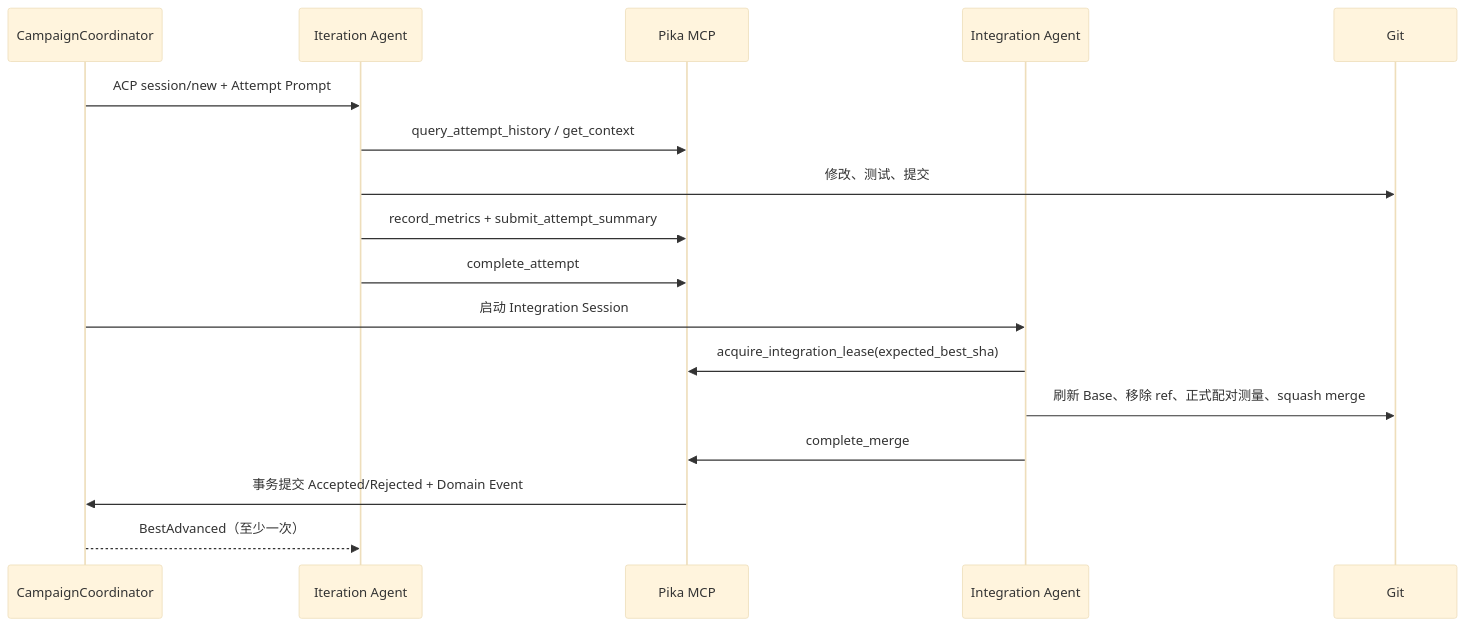
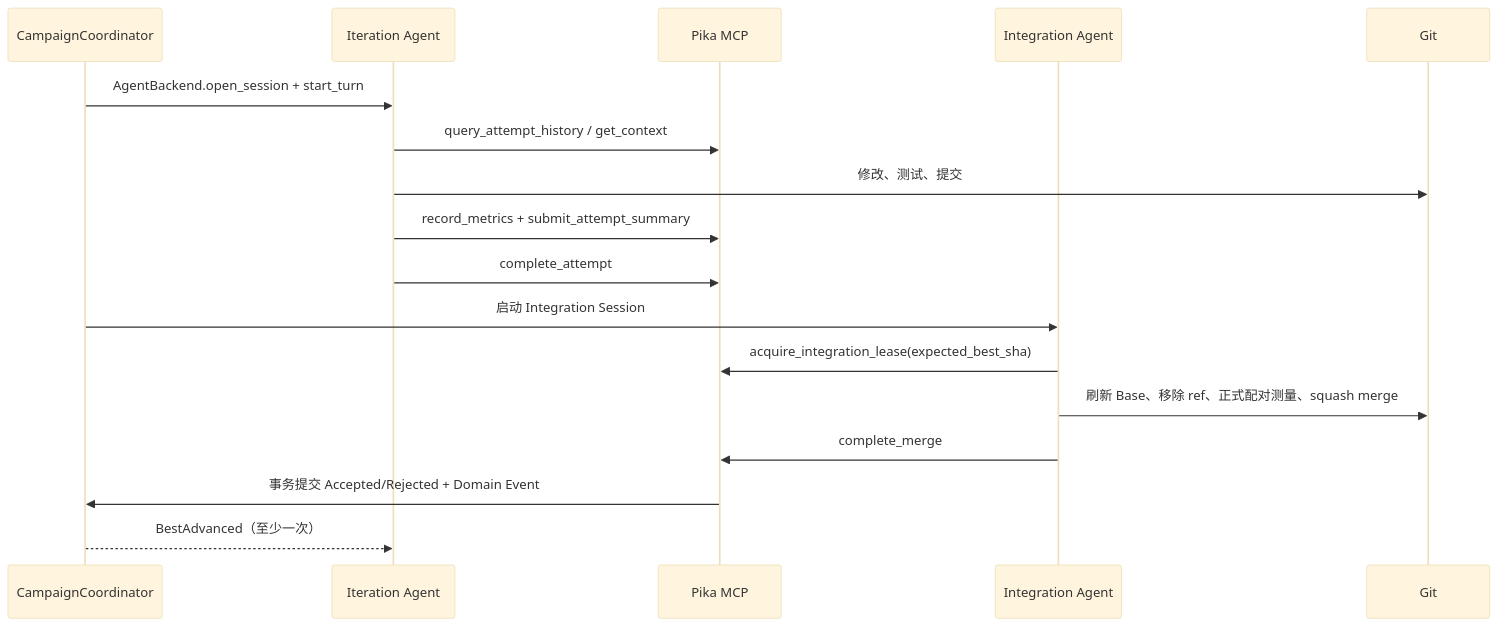
The second of 2 diagrams in docs/design/architecture.md (reyoung/pika), drawn with Mermaid (base theme) before and after one commit. The commit also changed other lines of this file and 30 other files, not shown here.

Commit message:
docs: use native agent backend protocols

````diff
--- a/docs/design/architecture.md
+++ b/docs/design/architecture.md
@@ -124,20 +143,20 @@
 ```mermaid
 sequenceDiagram
     participant C as CampaignCoordinator
     participant A as Iteration Agent
     participant M as Pika MCP
     participant I as Integration Agent
     participant G as Git
 
-    C->>A: ACP session/new + Attempt Prompt
+    C->>A: AgentBackend.open_session + start_turn
     A->>M: query_attempt_history / get_context
     A->>G: 修改、测试、提交
     A->>M: record_metrics + submit_attempt_summary
     A->>M: complete_attempt
     C->>I: 启动 Integration Session
     I->>M: acquire_integration_lease(expected_best_sha)
     I->>G: 刷新 Base、移除 ref、正式配对测量、squash merge
     I->>M: complete_merge
     M->>C: 事务提交 Accepted/Rejected + Domain Event
     C-->>A: BestAdvanced（至少一次）
 ```
````
